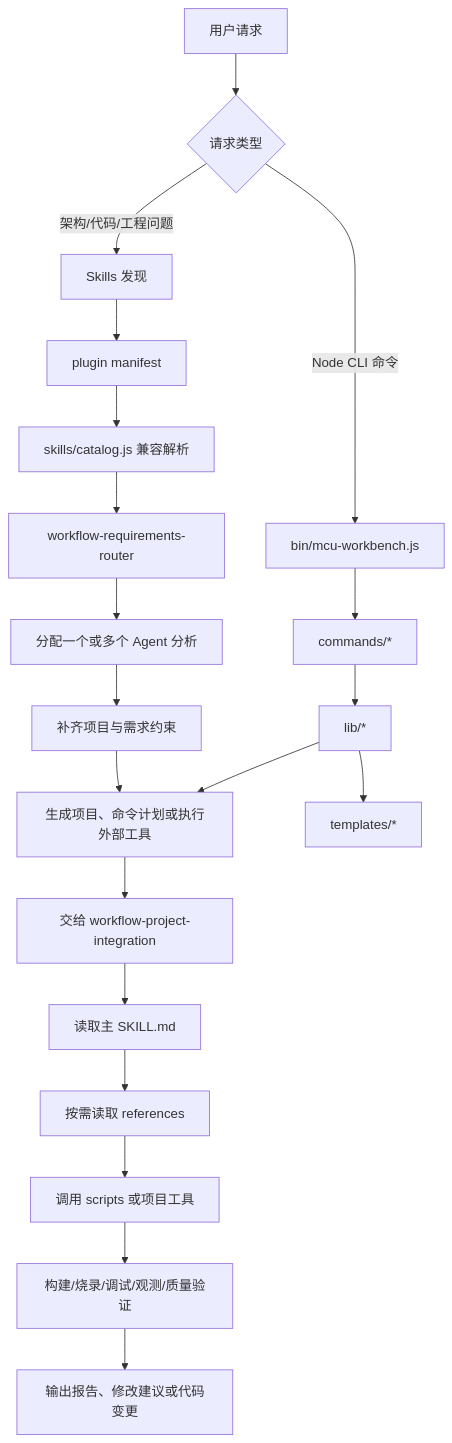
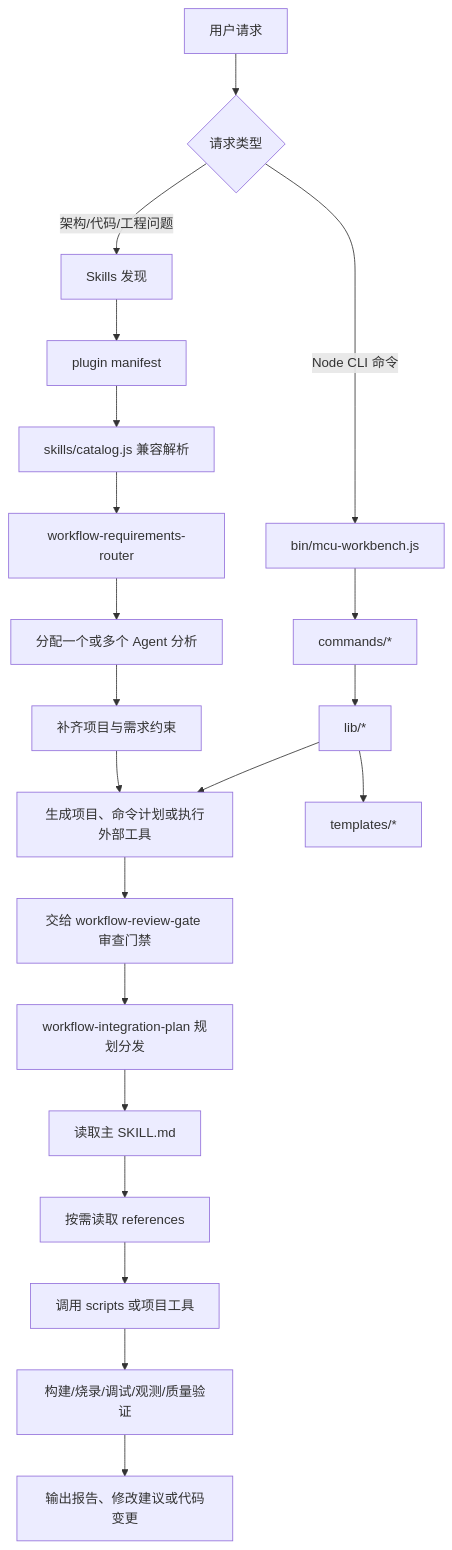
Before and after one commit to shuai-yemao/mcu-workbench: the first of 2 diagrams in docs/plugin-execution-flow.md, drawn with Mermaid. The commit also changed other lines of this file and 61 other files, not shown here.

First line of the commit message:
refactor(workflow): 拆分 workflow-project-integration 为审查门禁与集成规划两个 skill

````diff
--- a/docs/plugin-execution-flow.md
+++ b/docs/plugin-execution-flow.md
@@ -7,25 +7,26 @@
 ```mermaid
 flowchart TD
     U[用户请求] --> D{请求类型}
 
     D -->|架构/代码/工程问题| S0[Skills 发现]
     D -->|Node CLI 命令| N0[bin/mcu-workbench.js]
 
     S0 --> M[plugin manifest]
     M --> C[skills/catalog.js 兼容解析]
     C --> R[workflow-requirements-router]
     R --> A[分配一个或多个 Agent 分析]
     A --> Q[补齐项目与需求约束]
     Q --> P[生成需求约束包提示词]
-    P --> S[交给 workflow-project-integration]
-    S --> G[读取主 SKILL.md]
+    P --> S[交给 workflow-review-gate 审查门禁]
+    S --> S2[workflow-integration-plan 规划分发]
+    S2 --> G[读取主 SKILL.md]
     G --> Ref[按需读取 references]
     Ref --> Tool[调用 scripts 或项目工具]
     Tool --> V[构建/烧录/调试/观测/质量验证]
     V --> O[输出报告、修改建议或代码变更]
 
     N0 --> Cmd[commands/*]
     Cmd --> Lib[lib/*]
     Lib --> T[templates/*]
     Lib --> P[生成项目、命令计划或执行外部工具]
 ```
````
